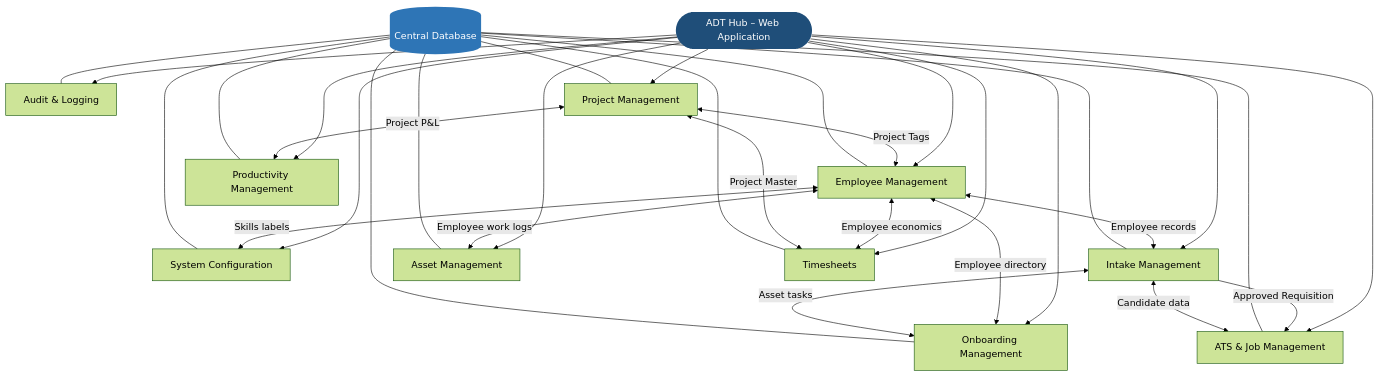
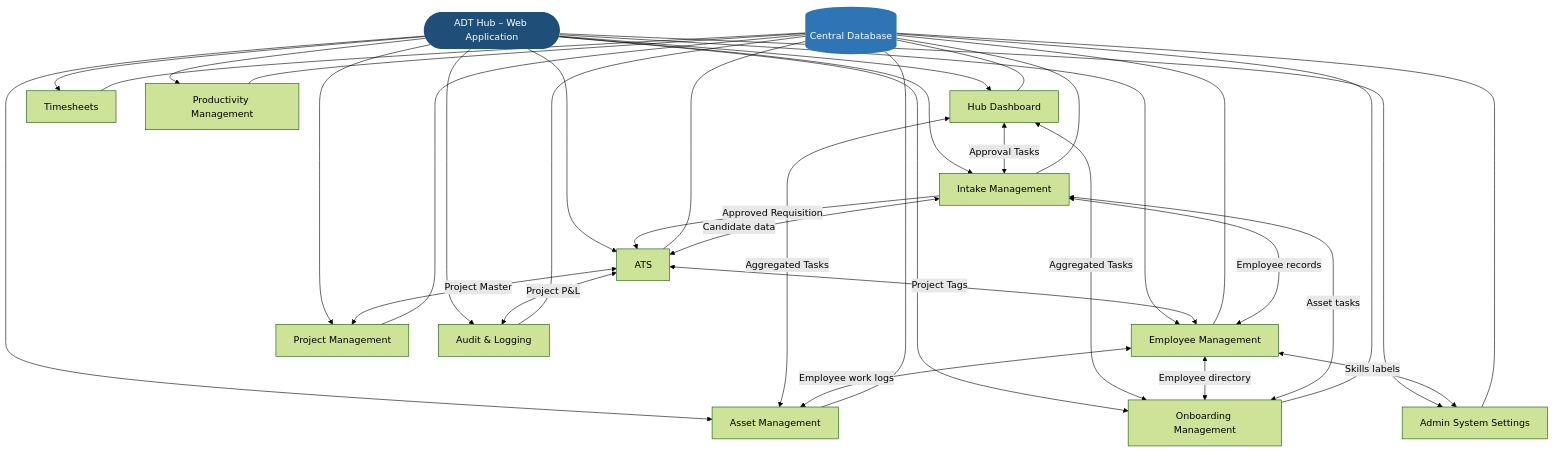
Before and after one commit to ATDawnTech/HubV2: the first of 17 diagrams in docs/ADT_Hub_Spec_Plan.md, drawn with Mermaid (forest theme). The commit also changed other lines of this file, not shown here.

Commit message:
docs: restructure Epic 5 & 6, add New Onboard status, and link onboarding to employees

````diff
--- a/docs/ADT_Hub_Spec_Plan.md
+++ b/docs/ADT_Hub_Spec_Plan.md
@@ -17,39 +17,43 @@
 ```mermaid
 graph TD
-    Nav([ADT Hub – Web Application]) --> E1[Employee Management]
-    Nav --> E2[System Configuration]
-    Nav --> E3[Intake Management]
-    Nav --> E4[Onboarding Management]
-    Nav --> E5[Asset Management]
-    Nav --> E6[Timesheets]
-    Nav --> E7[Productivity Management]
-    Nav --> E8[ATS & Job Management]
-    Nav --> E9[Audit & Logging]
-    Nav --> E10[Project Management]
+    Nav([ADT Hub – Web Application]) --> E1[Hub Dashboard]
+    Nav --> E2[Employee Management]
+    Nav --> E3[Admin System Settings]
+    Nav --> E4[Asset Management]
+    Nav --> E5[Intake Management]
+    Nav --> E6[Onboarding Management]
+    Nav --> E7[Project Management]
+    Nav --> E8[Audit & Logging]
+    Nav --> E9[Timesheets]
+    Nav --> E10[Productivity Management]
+    Nav --> E11[ATS]
 
-    E1 <-->|Employee directory| E4
-    E1 <-->|Employee records| E3
-    E1 <-->|Employee work logs| E5
-    E1 <-->|Employee economics| E6
-    E1 <-->|Skills labels| E2
-    E3 -->|Approved Requisition| E8
-    E8 <-->|Candidate data| E3
-    E3 <-->|Asset tasks| E4
-    E10 <-->|Project Tags| E1
-    E10 <-->|Project Master| E6
-    E10 <-->|Project P&L| E7
+    E1 <-->|Aggregated Tasks| E4
+    E1 <-->|Aggregated Tasks| E6
+    E1 <-->|Approval Tasks| E5
+    E2 <-->|Employee directory| E6
+    E2 <-->|Employee records| E5
+    E2 <-->|Employee work logs| E4
+    E2 <-->|Skills labels| E3
+    E5 -->|Approved Requisition| E11
+    E11 <-->|Candidate data| E5
+    E5 <-->|Asset tasks| E6
+    E11 <-->|Project Tags| E2
+    E11 <-->|Project Master| E7
+    E11 <-->|Project P&L| E8
 
     DB[(Central Database)] --- E1
     DB --- E2
     DB --- E3
     DB --- E4
     DB --- E5
     DB --- E6
     DB --- E7
     DB --- E8
     DB --- E9
     DB --- E10
+    DB --- E11
 
     style Nav fill:#1F4E79,color:#fff,stroke:none
     style DB fill:#2E75B6,color:#fff,stroke:none
 ```
````
